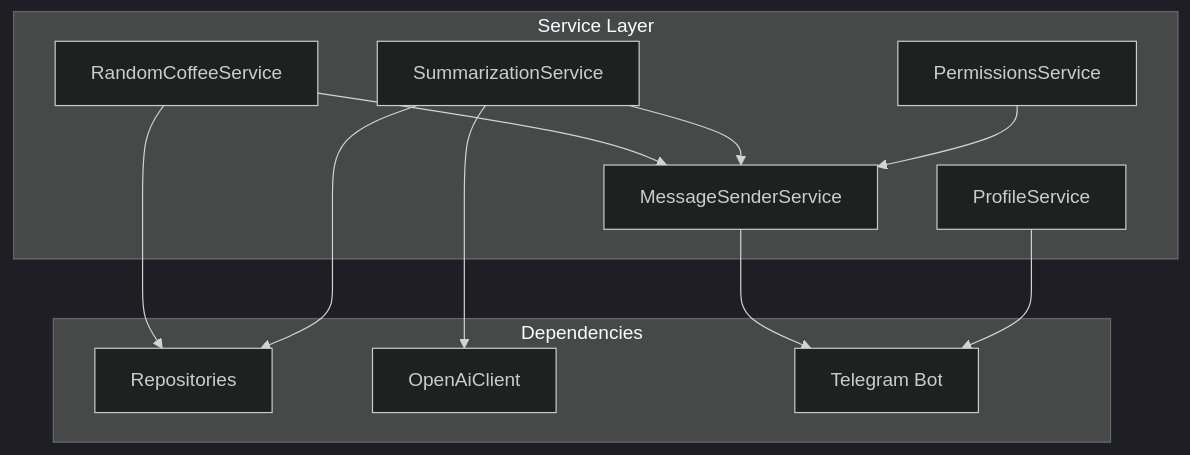
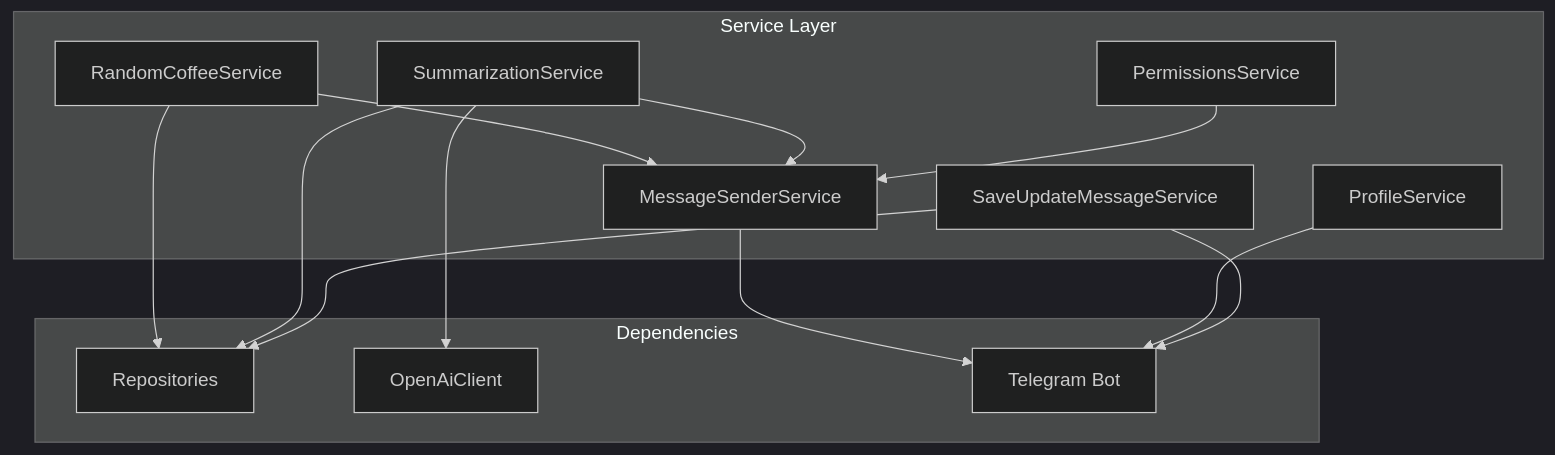
Before and after one commit to it-beard/evo-bot-go: the first of 8 diagrams in .qoder/repowiki/en/content/Service Layer/Service Layer.md, drawn with Mermaid (dark theme). The commit also changed other lines of this file and 22 other files, not shown here.

````diff
--- a/.qoder/repowiki/en/content/Service Layer/Service Layer.md
+++ b/.qoder/repowiki/en/content/Service Layer/Service Layer.md
@@ -39,23 +52,26 @@
 ```mermaid
 graph TD
 subgraph "Service Layer"
 RandomCoffeeService
 ProfileService
 SummarizationService
 PermissionsService
 MessageSenderService
+SaveUpdateMessageService
 end
 subgraph "Dependencies"
 Repositories[Repositories]
 OpenAiClient[OpenAiClient]
 Bot[Telegram Bot]
 end
 RandomCoffeeService --> Repositories
 RandomCoffeeService --> MessageSenderService
 SummarizationService --> OpenAiClient
 SummarizationService --> Repositories
 SummarizationService --> MessageSenderService
 PermissionsService --> MessageSenderService
 MessageSenderService --> Bot
 ProfileService --> Bot
+SaveUpdateMessageService --> Repositories
+SaveUpdateMessageService --> Bot
 ```
````
